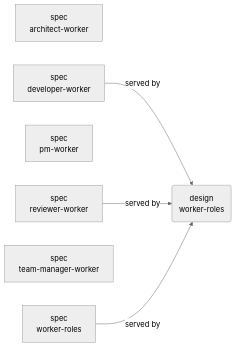
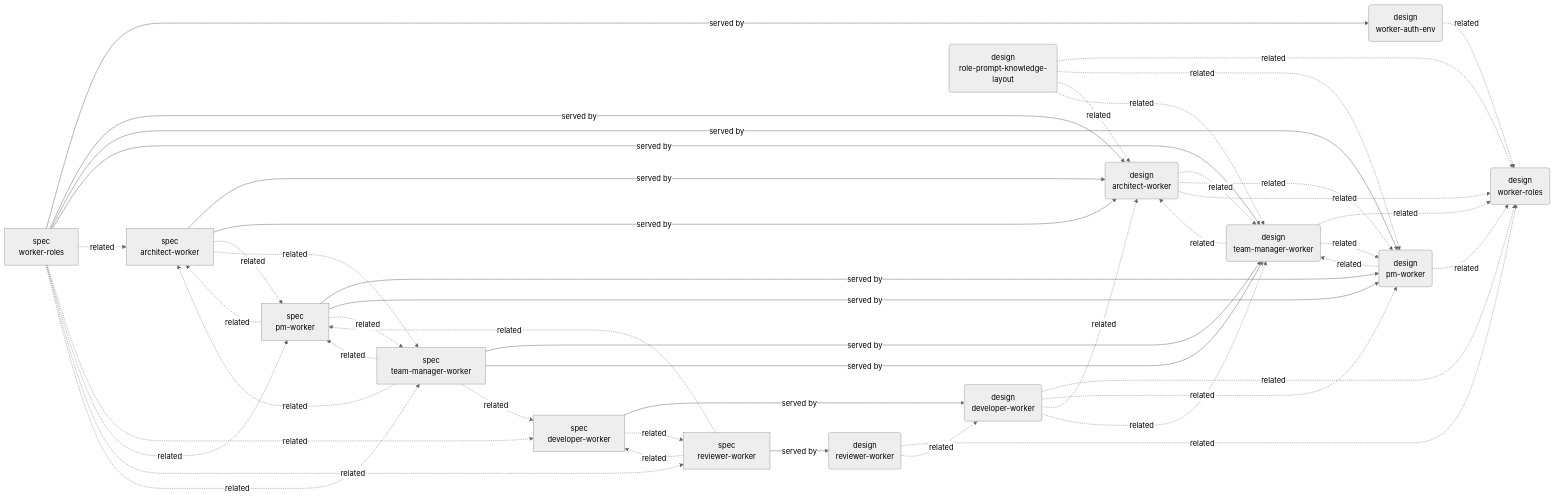
Before and after one commit to coder-devx/coder-system: the second of 6 diagrams in system/GRAPH.md, drawn with Mermaid (neutral theme). The commit also changed other lines of this file and 128 other files, not shown here.

````diff
--- a/system/GRAPH.md
+++ b/system/GRAPH.md
@@ -35,13 +120,63 @@
 ```mermaid
 flowchart LR
-  n000("design<br/>worker-roles")
-  n001["spec<br/>architect-worker"]
-  n002["spec<br/>developer-worker"]
-  n003["spec<br/>pm-worker"]
-  n004["spec<br/>reviewer-worker"]
-  n005["spec<br/>team-manager-worker"]
-  n006["spec<br/>worker-roles"]
-  n002 -->|served by| n000
-  n004 -->|served by| n000
-  n006 -->|served by| n000
+  n000("design<br/>architect-worker")
+  n001("design<br/>developer-worker")
+  n002("design<br/>pm-worker")
+  n003("design<br/>reviewer-worker")
+  n004("design<br/>role-prompt-knowledge-layout")
+  n005("design<br/>team-manager-worker")
+  n006("design<br/>worker-auth-env")
+  n007("design<br/>worker-roles")
+  n008["spec<br/>architect-worker"]
+  n009["spec<br/>developer-worker"]
+  n010["spec<br/>pm-worker"]
+  n011["spec<br/>reviewer-worker"]
+  n012["spec<br/>team-manager-worker"]
+  n013["spec<br/>worker-roles"]
+  n008 -->|served by| n000
+  n000 -.->|related| n005
+  n000 -.->|related| n002
+  n000 -.->|related| n007
+  n009 -->|served by| n001
+  n001 -.->|related| n007
+  n001 -.->|related| n002
+  n001 -.->|related| n000
+  n001 -.->|related| n005
+  n010 -->|served by| n002
+  n002 -.->|related| n005
+  n002 -.->|related| n007
+  n011 -->|served by| n003
+  n003 -.->|related| n007
+  n003 -.->|related| n001
+  n004 -.->|related| n007
+  n004 -.->|related| n002
+  n004 -.->|related| n000
+  n004 -.->|related| n005
+  n012 -->|served by| n005
+  n005 -.->|related| n007
+  n005 -.->|related| n000
+  n005 -.->|related| n002
+  n013 -->|served by| n006
+  n006 -.->|related| n007
+  n008 -->|served by| n000
+  n008 -.->|related| n010
+  n008 -.->|related| n012
+  n009 -.->|related| n011
+  n010 -->|served by| n002
+  n010 -.->|related| n008
+  n010 -.->|related| n012
+  n011 -.->|related| n009
+  n011 -.->|related| n010
+  n012 -->|served by| n005
+  n012 -.->|related| n008
+  n012 -.->|related| n009
+  n012 -.->|related| n010
+  n013 -->|served by| n000
+  n013 -->|served by| n002
+  n013 -->|served by| n005
+  n013 -.->|related| n008
+  n013 -.->|related| n009
+  n013 -.->|related| n010
+  n013 -.->|related| n011
+  n013 -.->|related| n012
 ```
````
